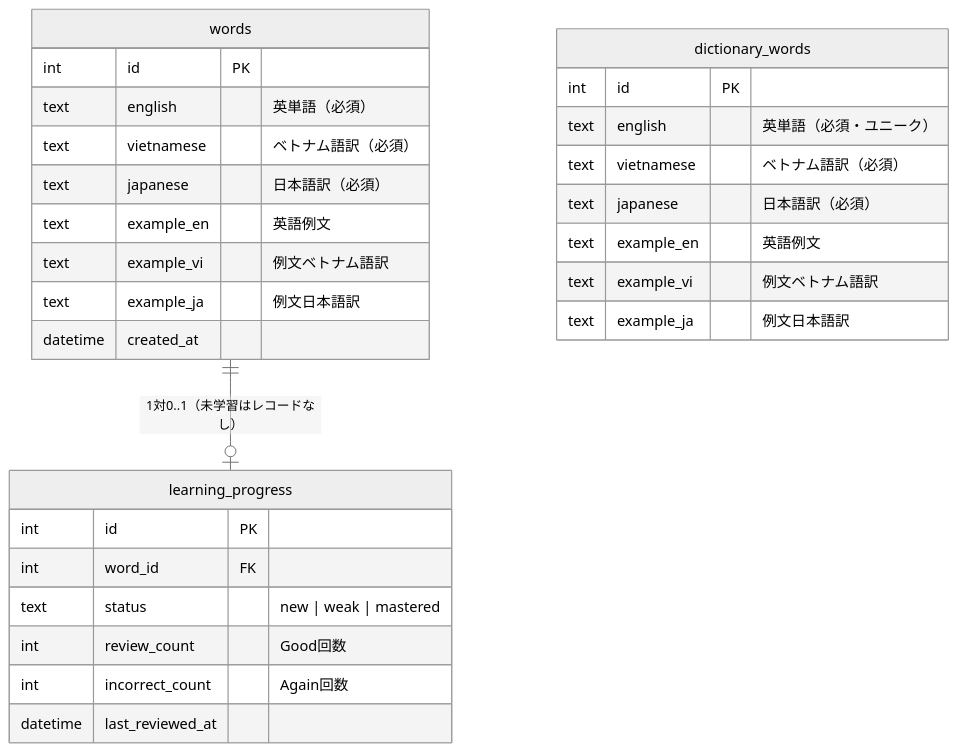
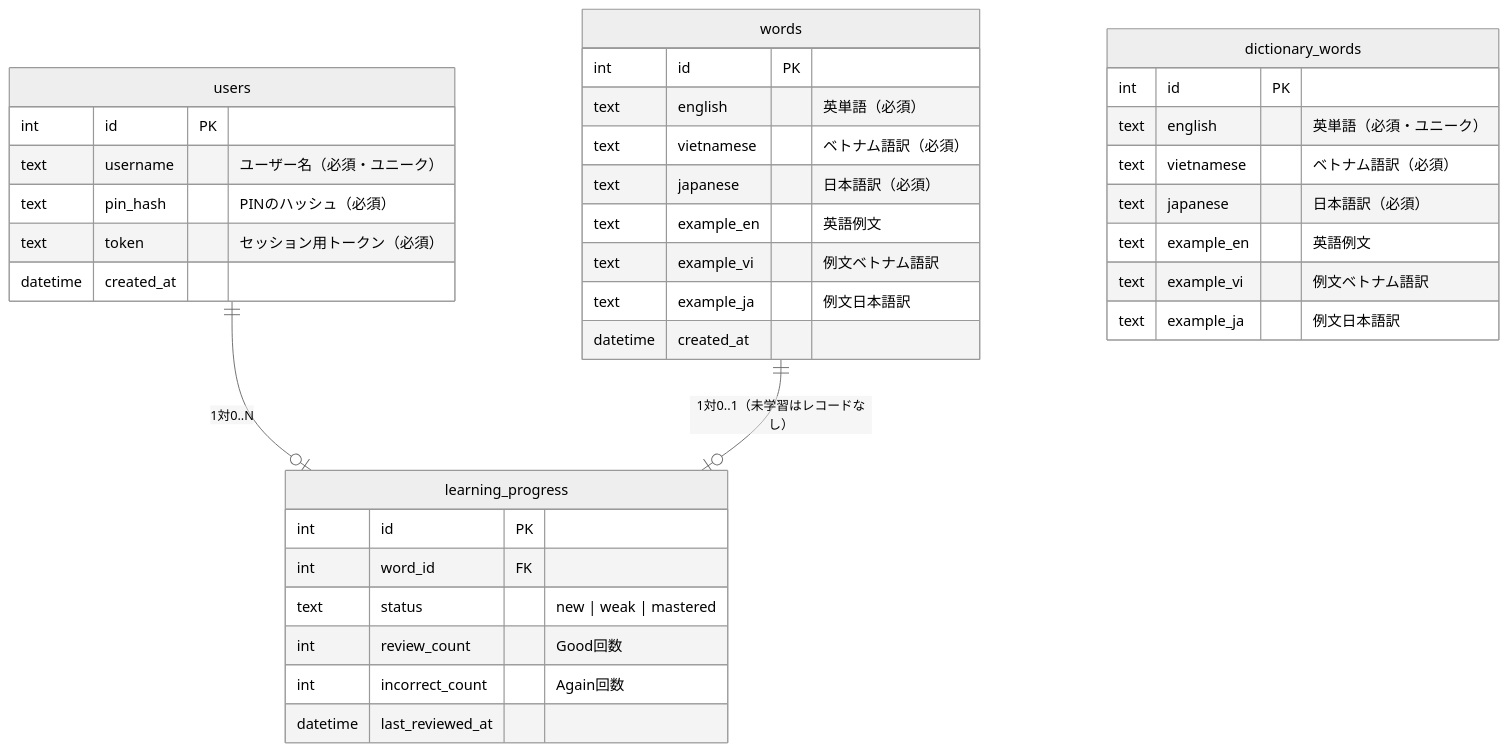
The diagram in docs/spec/design/architecture.md (t-takamichi/learning-word), drawn with Mermaid (neutral theme) before and after one commit. The commit also changed other lines of this file and 20 other files, not shown here.

````diff
--- a/docs/spec/design/architecture.md
+++ b/docs/spec/design/architecture.md
@@ -76,32 +76,40 @@
 ```mermaid
 erDiagram
+  users {
+    int     id              PK
+    text    username        "ユーザー名（必須・ユニーク）"
+    text    pin_hash        "PINのハッシュ（必須）"
+    text    token           "セッション用トークン（必須）"
+    datetime created_at
+  }
   words {
     int     id              PK
     text    english         "英単語（必須）"
     text    vietnamese      "ベトナム語訳（必須）"
     text    japanese        "日本語訳（必須）"
     text    example_en      "英語例文"
     text    example_vi      "例文ベトナム語訳"
     text    example_ja      "例文日本語訳"
     datetime created_at
   }
   learning_progress {
     int      id              PK
     int      word_id         FK
     text     status          "new | weak | mastered"
     int      review_count    "Good回数"
     int      incorrect_count "Again回数"
     datetime last_reviewed_at
   }
 
+  users ||--o| learning_progress : "1対0..N"
   words ||--o| learning_progress : "1対0..1（未学習はレコードなし）"
   dictionary_words {
     int     id              PK
     text    english         "英単語（必須・ユニーク）"
     text    vietnamese      "ベトナム語訳（必須）"
     text    japanese        "日本語訳（必須）"
     text    example_en      "英語例文"
     text    example_vi      "例文ベトナム語訳"
     text    example_ja      "例文日本語訳"
   }
 ```
````
